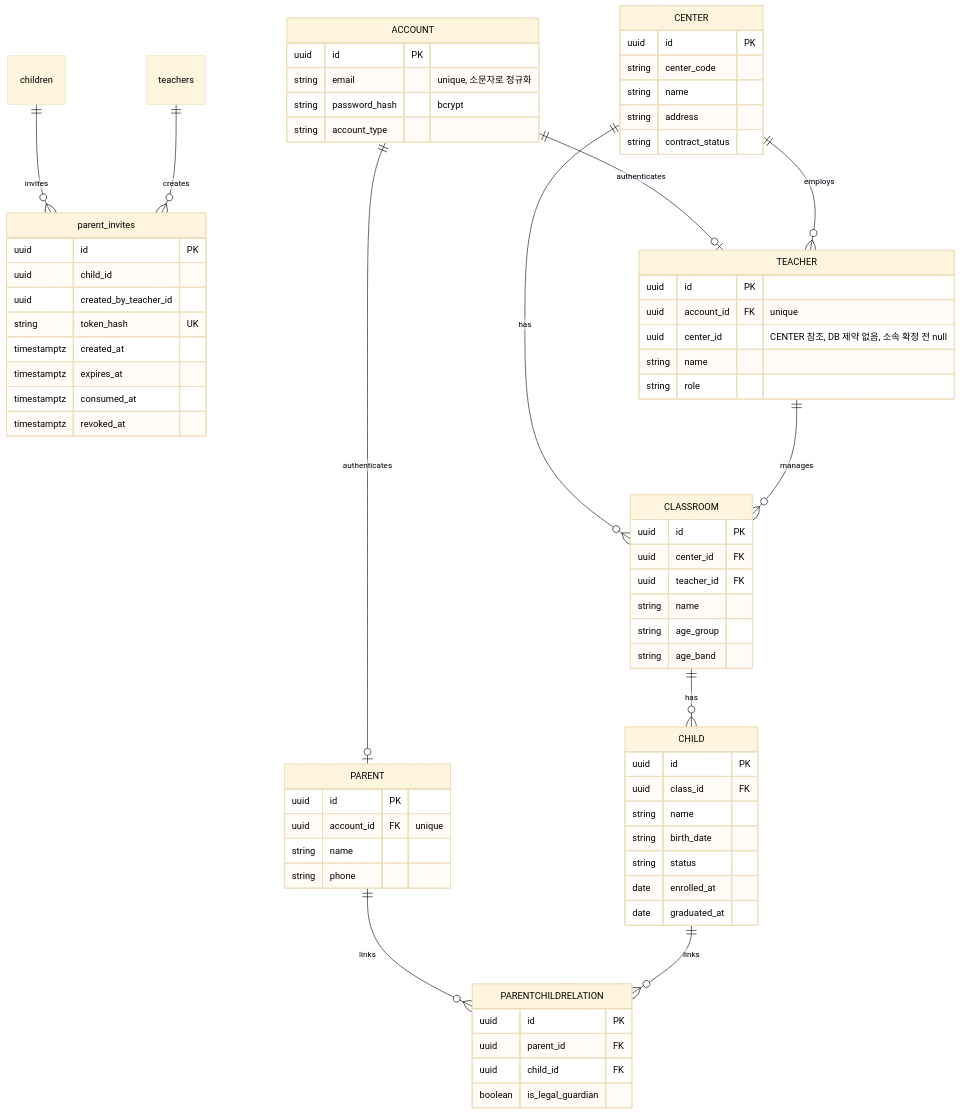
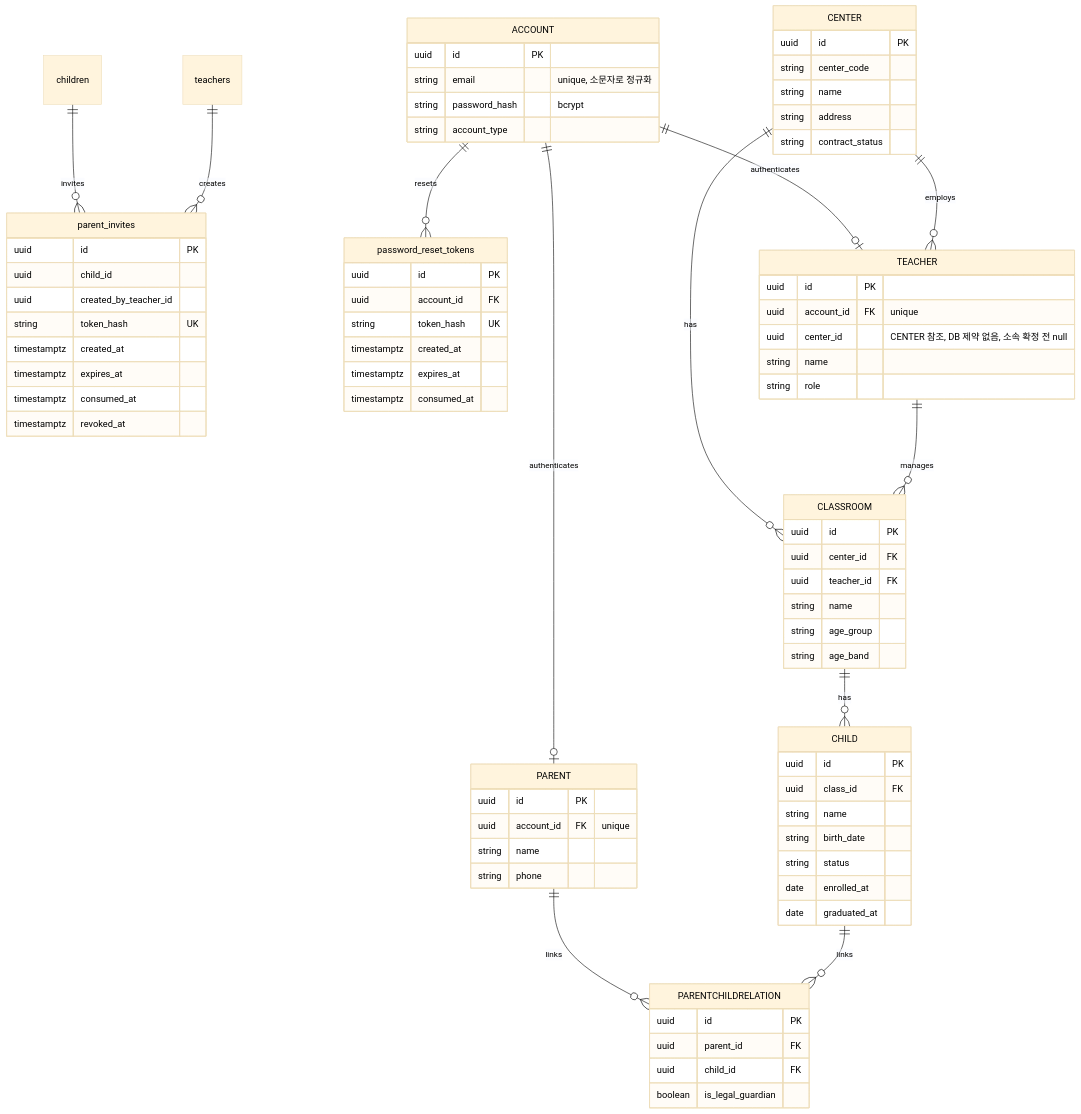
One commit to kakaotechcampus-4/ktc4-chungnam-4 changed the first of 9 diagrams in docs/테크스펙.md. Above: the diagram before and after it, drawn with Mermaid. The commit also changed other lines of this file, not shown here.

Commit message:
docs: add password reset token to data model and ERD
마이그레이션이 있는 PR은 테크스펙 ERD도 같이 고쳐야 합니다. 비밀번호 찾기는 FR에 없는 기능이라 임시 결정(정은, 팀 확정 전)으로 표시했습니다.

````diff
--- a/docs/테크스펙.md
+++ b/docs/테크스펙.md
@@ -415,73 +416,82 @@
 ```mermaid
 %%{init: {'theme':'base', 'themeVariables': {'primaryTextColor':'#000000','textColor':'#000000','lineColor':'#000000'}}}%%
 erDiagram
     children ||--o{ parent_invites : invites
     teachers ||--o{ parent_invites : creates
     parent_invites {
         uuid id PK
         uuid child_id
         uuid created_by_teacher_id
         string token_hash UK
         timestamptz created_at
         timestamptz expires_at
         timestamptz consumed_at
         timestamptz revoked_at
+    }
+    ACCOUNT ||--o{ password_reset_tokens : resets
+    password_reset_tokens {
+        uuid id PK
+        uuid account_id FK
+        string token_hash UK
+        timestamptz created_at
+        timestamptz expires_at
+        timestamptz consumed_at
     }
   ACCOUNT {
     uuid id PK
     string email "unique, 소문자로 정규화"
     string password_hash "bcrypt"
     string account_type
   }
   CENTER {
     uuid id PK
     string center_code
     string name
     string address
     string contract_status
   }
   CLASSROOM {
     uuid id PK
     uuid center_id FK
     uuid teacher_id FK
     string name
     string age_group
     string age_band
   }
   TEACHER {
     uuid id PK
     uuid account_id FK "unique"
     uuid center_id "CENTER 참조, DB 제약 없음, 소속 확정 전 null"
     string name
     string role
   }
     CHILD {
     uuid id PK
     uuid class_id FK
     string name
     string birth_date
     string status
     date enrolled_at
     date graduated_at
   }
   PARENT {
     uuid id PK
     uuid account_id FK "unique"
     string name
     string phone
   }
   PARENTCHILDRELATION {
     uuid id PK
     uuid parent_id FK
     uuid child_id FK
     boolean is_legal_guardian
   }
   ACCOUNT ||--o| TEACHER : authenticates
   ACCOUNT ||--o| PARENT : authenticates
   CENTER ||--o{ CLASSROOM : has
   CENTER ||--o{ TEACHER : employs
   TEACHER ||--o{ CLASSROOM : manages
   CLASSROOM ||--o{ CHILD : has
   PARENT ||--o{ PARENTCHILDRELATION : links
   CHILD ||--o{ PARENTCHILDRELATION : links
 ```
````
